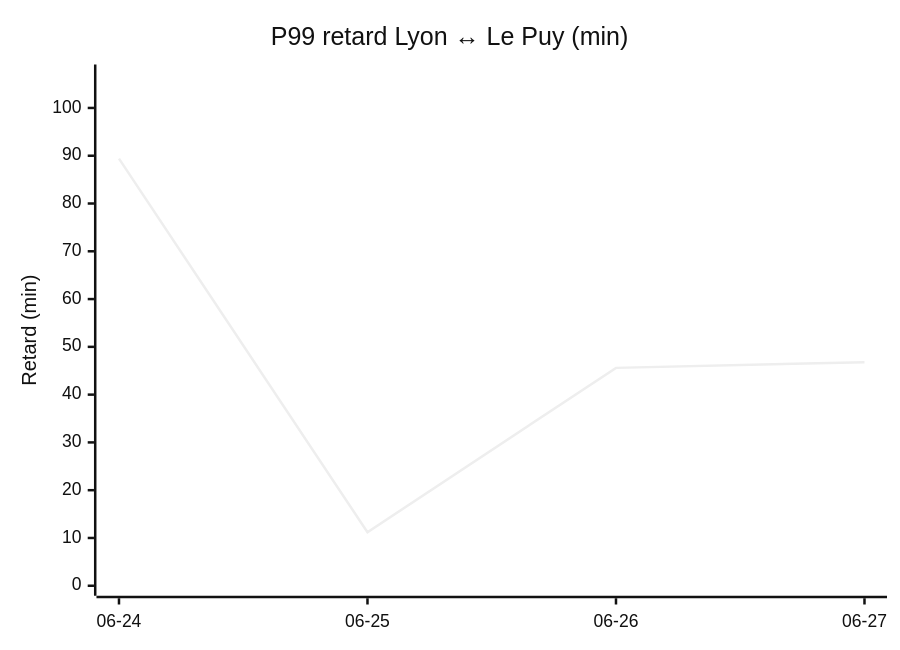
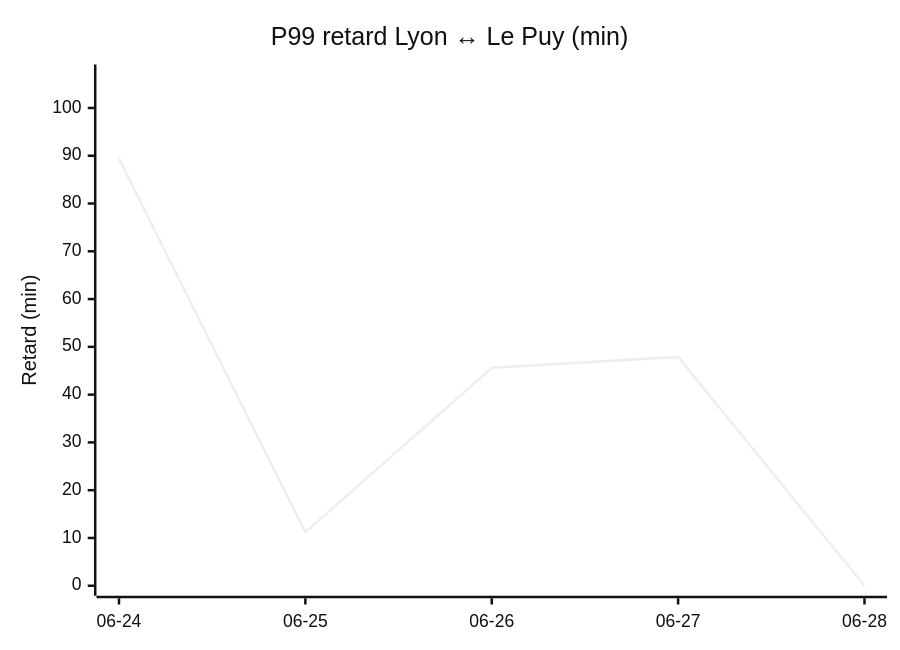
The fourth of 4 diagrams in STATS.md (antoinerep/horaire-ter), drawn with Mermaid (neutral theme) before and after one commit. The commit also changed other lines of this file and 1 other file, not shown here.

````diff
--- a/STATS.md
+++ b/STATS.md
@@ -86,7 +87,7 @@
 ```mermaid
 xychart-beta
     title "P99 retard Lyon ↔ Le Puy (min)"
-    x-axis ["06-24", "06-25", "06-26", "06-27"]
+    x-axis ["06-24", "06-25", "06-26", "06-27", "06-28"]
     y-axis "Retard (min)" 0 --> 107
-    line [89.4, 11.2, 45.6, 46.8]
+    line [89.4, 11.2, 45.6, 47.9, 0.0]
 ```
````
